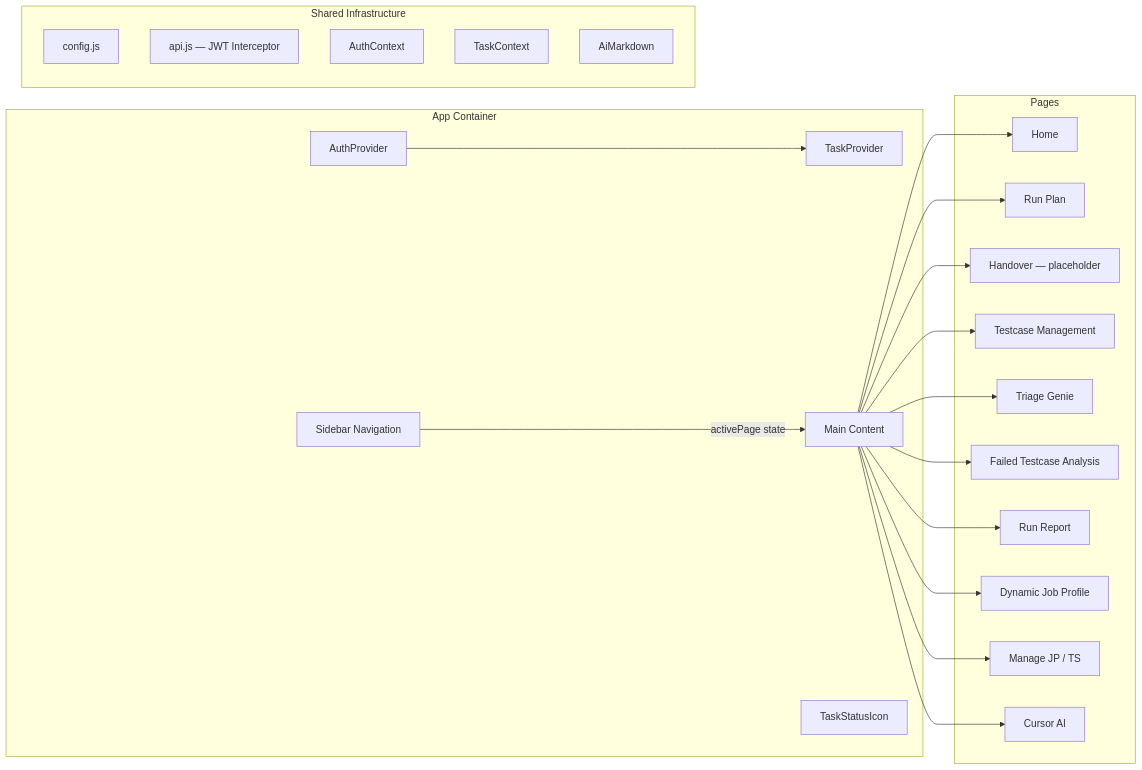
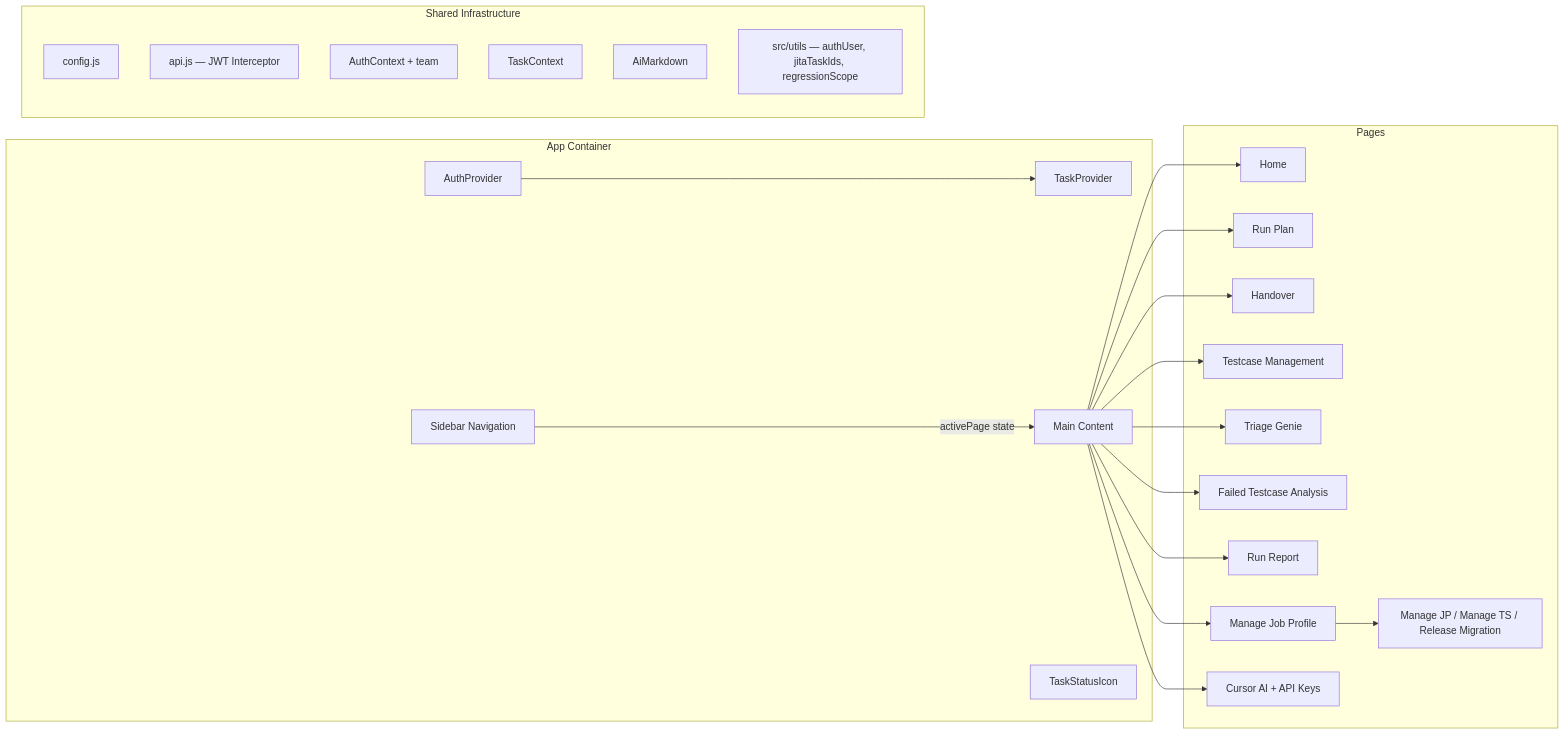
Before and after one commit to sudharshan332/RegX-AI: the second of 7 diagrams in PROJECT_DOCUMENTATION_AND_ARCHITECTURE.md, drawn with Mermaid. The commit also changed other lines of this file and 25 other files, not shown here.

````diff
--- a/PROJECT_DOCUMENTATION_AND_ARCHITECTURE.md
+++ b/PROJECT_DOCUMENTATION_AND_ARCHITECTURE.md
@@ -198,44 +196,45 @@
 ```mermaid
 graph LR
     subgraph "App Container"
         AUTH_PROVIDER[AuthProvider]
         TASK_PROVIDER[TaskProvider]
         SIDEBAR[Sidebar Navigation]
         MAIN[Main Content]
         TASK_ICON[TaskStatusIcon]
     end
 
     subgraph "Shared Infrastructure"
         CONFIG[config.js]
         API[api.js — JWT Interceptor]
-        AUTH_CTX[AuthContext]
+        AUTH_CTX[AuthContext + team]
         TASK_CTX[TaskContext]
         AI_MD[AiMarkdown]
+        UTILS[src/utils — authUser, jitaTaskIds, regressionScope]
     end
 
     subgraph "Pages"
         P1[Home]
         P2[Run Plan]
-        P3[Handover — placeholder]
+        P3[Handover]
         P4[Testcase Management]
         P5[Triage Genie]
         P6[Failed Testcase Analysis]
         P7[Run Report]
-        P8[Dynamic Job Profile]
-        P9[Manage JP / TS]
-        P10[Cursor AI]
+        P8[Manage Job Profile]
+        P8A[Manage JP / Manage TS / Release Migration]
+        P9[Cursor AI + API Keys]
     end
 
     AUTH_PROVIDER --> TASK_PROVIDER
     SIDEBAR -->|activePage state| MAIN
     MAIN --> P1
     MAIN --> P2
     MAIN --> P3
     MAIN --> P4
     MAIN --> P5
     MAIN --> P6
     MAIN --> P7
     MAIN --> P8
+    P8 --> P8A
     MAIN --> P9
-    MAIN --> P10
 ```
````
